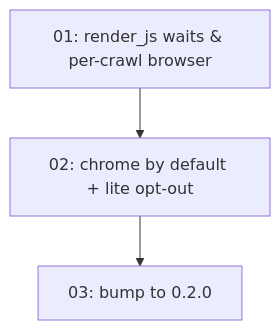
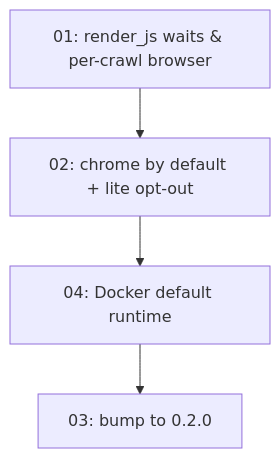
Before and after one commit to MaximeBeretvas/citadel: the diagram in Docs/AtomicTasks/V4/README.md, drawn with Mermaid. The commit also changed other lines of this file and 12 other files, not shown here.

First line of the commit message:
feat(build): make Docker the default container runtime, keep Apple container optional

````diff
--- a/Docs/AtomicTasks/V4/README.md
+++ b/Docs/AtomicTasks/V4/README.md
@@ -33,5 +35,6 @@
 ```mermaid
 flowchart TD
     T01["01: render_js waits & per-crawl browser"] --> T02["02: chrome by default + lite opt-out"]
-    T02 --> T03["03: bump to 0.2.0"]
+    T02 --> T04["04: Docker default runtime"]
+    T04 --> T03["03: bump to 0.2.0"]
 ```
````
